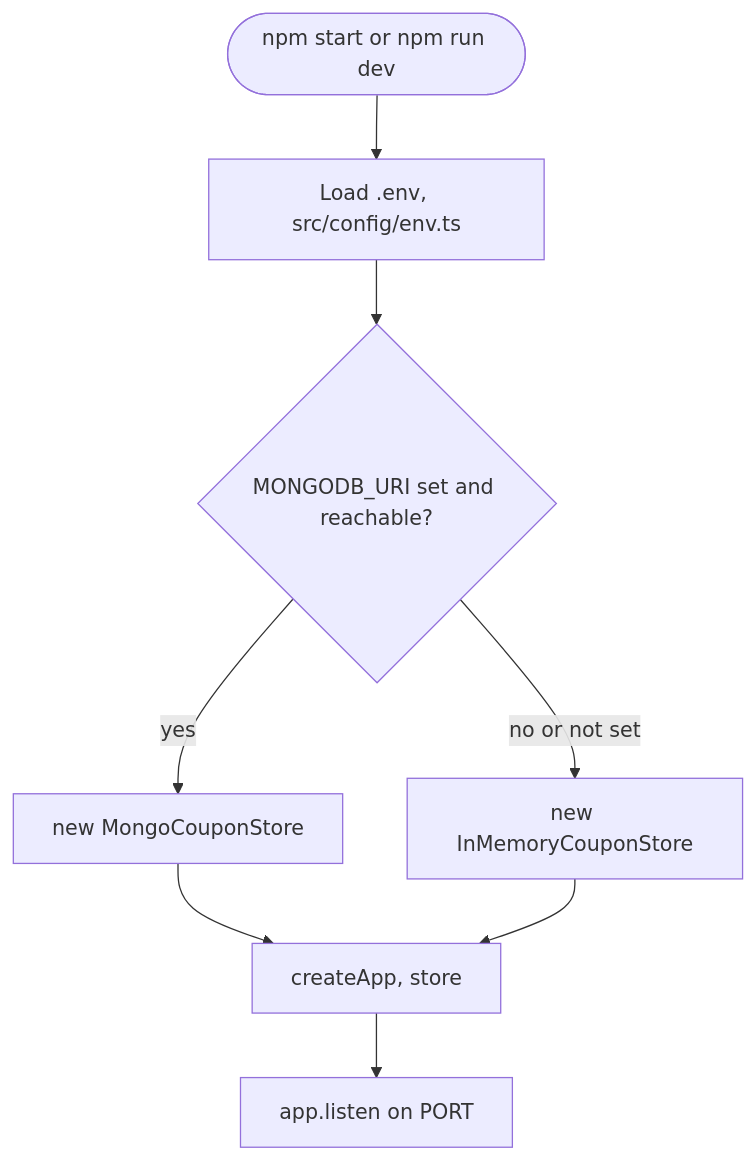
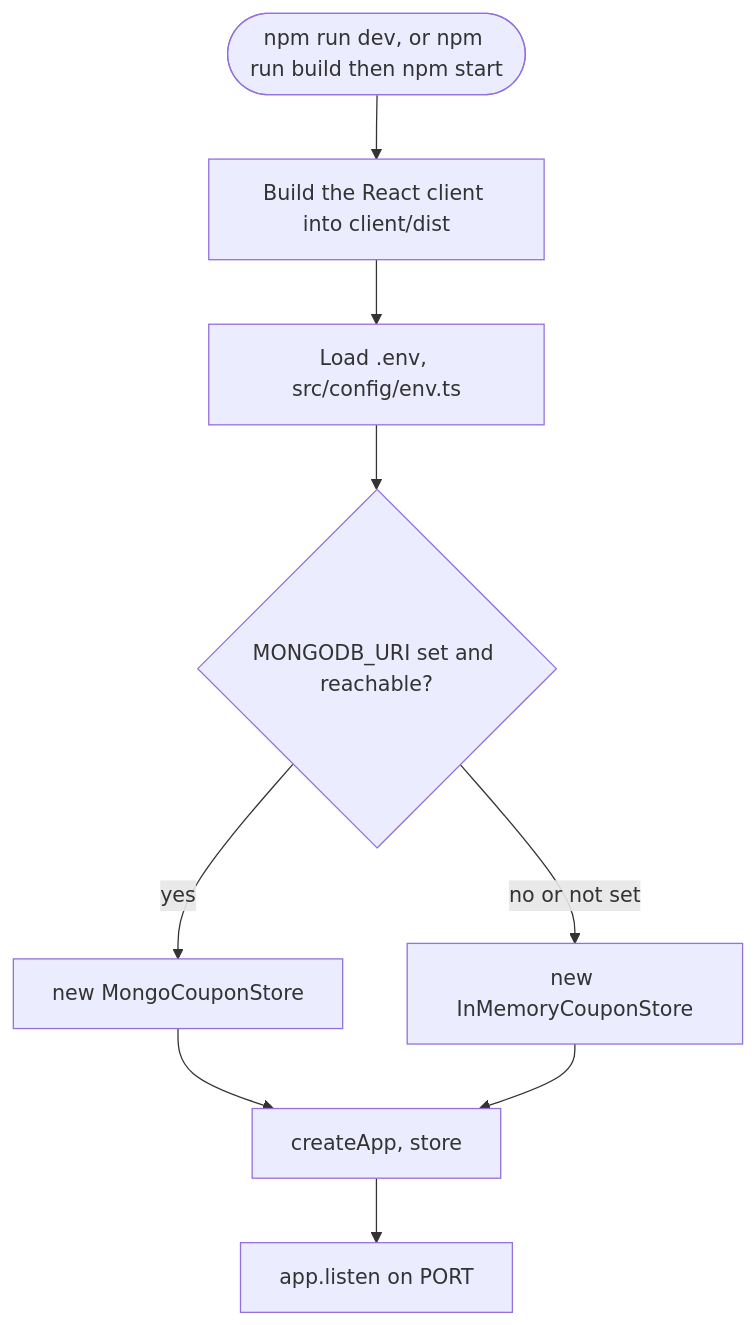
One commit to tsvlgd/coupon-api changed the second of 2 diagrams in docs/ARCHITECTURE.md. Above: the diagram before and after it, drawn with Mermaid. The commit also changed other lines of this file and 2 other files, not shown here.

````diff
--- a/docs/ARCHITECTURE.md
+++ b/docs/ARCHITECTURE.md
@@ -26,10 +28,11 @@
 ```mermaid
 flowchart TD
-    Start([npm start or npm run dev]) --> LoadEnv[Load .env, src/config/env.ts]
+    Start([npm run dev, or npm run build then npm start]) --> BuildClient[Build the React client into client/dist]
+    BuildClient --> LoadEnv[Load .env, src/config/env.ts]
     LoadEnv --> TryMongo{MONGODB_URI set and reachable?}
     TryMongo -- yes --> UseMongo[new MongoCouponStore]
     TryMongo -- no or not set --> UseMemory[new InMemoryCouponStore]
     UseMongo --> BuildApp[createApp, store]
     UseMemory --> BuildApp
     BuildApp --> Listen[app.listen on PORT]
 ```
````
